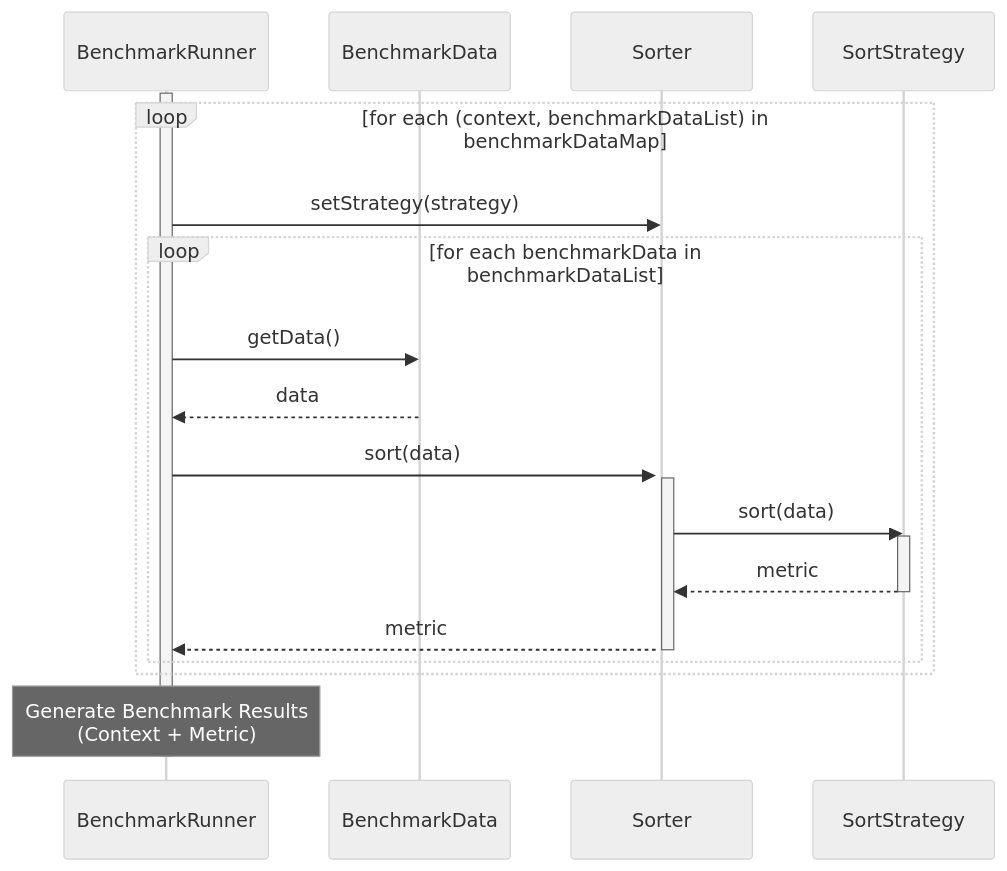
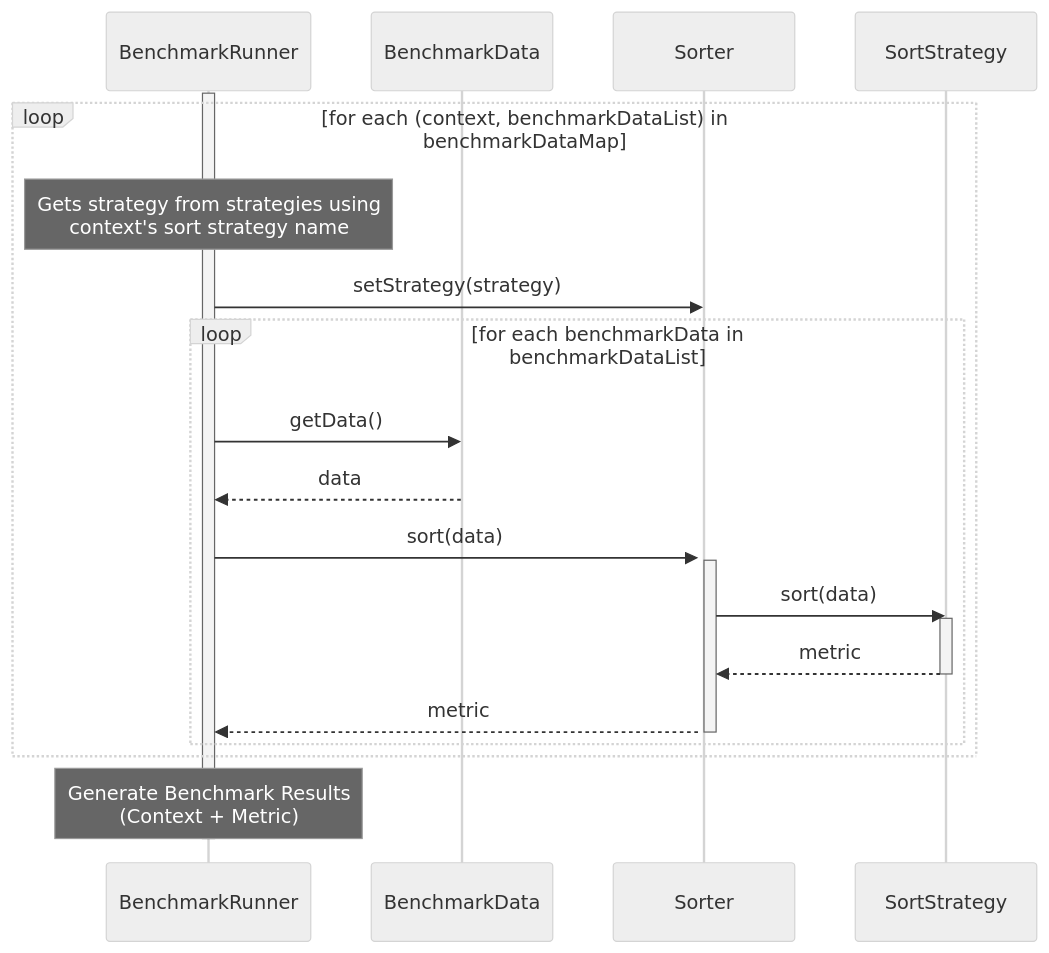
One commit to rlacher/sort-benchmark-cli changed the diagram in docs/sequence-diagram-runiterations.mmd. Above: the diagram before and after it, drawn with Mermaid. The commit also changed 1 other file, not shown here.

Commit message:
docs: Clarify strategy derivation in BenchmarkRunner UML diagram (partial fix for #3)

```diff
--- a/docs/sequence-diagram-runiterations.mmd
+++ b/docs/sequence-diagram-runiterations.mmd
@@ -1,28 +1,29 @@
 %%{init: {'theme':'neutral'}}%%
 sequenceDiagram
     participant BenchmarkRunner
     activate BenchmarkRunner
     participant BenchmarkData
     participant Sorter
     participant SortStrategy
 
     loop for each (context, benchmarkDataList) in benchmarkDataMap
+        note over BenchmarkRunner: Gets strategy from strategies using<br/>context's sort strategy name
         BenchmarkRunner->>Sorter: setStrategy(strategy)
         activate Sorter
 
         loop for each benchmarkData in benchmarkDataList
             BenchmarkRunner->>BenchmarkData: getData()
             BenchmarkData-->>BenchmarkRunner: data
             BenchmarkRunner->>Sorter: sort(data)
             activate Sorter
             Sorter->>SortStrategy: sort(data)
             activate SortStrategy
             SortStrategy-->>Sorter: metric
             deactivate SortStrategy
             Sorter-->>BenchmarkRunner: metric
             deactivate Sorter
         end
     end
 
     note over BenchmarkRunner: Generate Benchmark Results<br/>(Context + Metric)
     deactivate BenchmarkRunner
```
